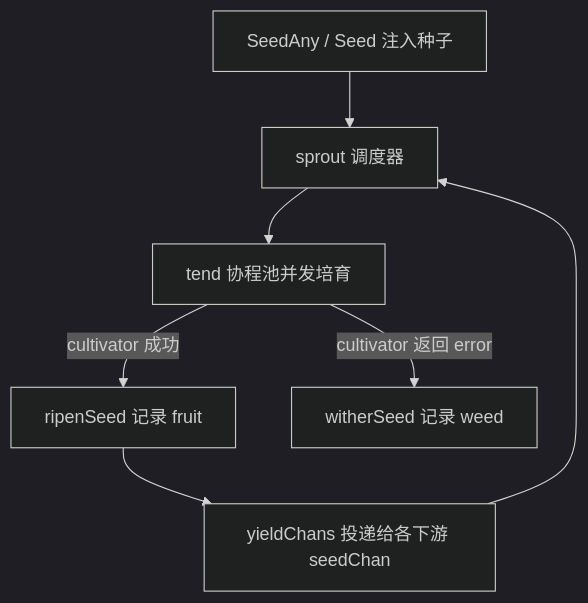
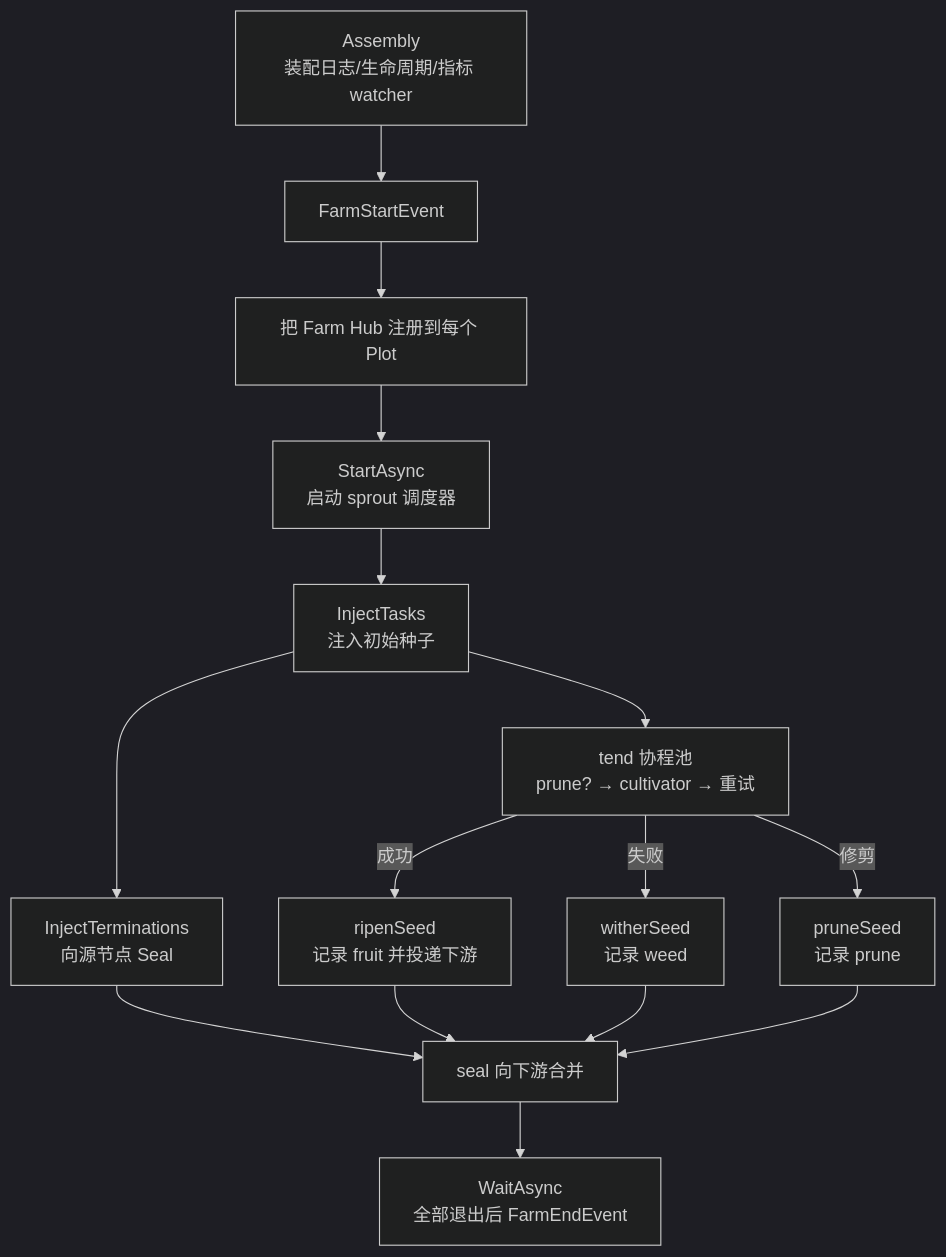
The second of 2 diagrams in docs/zh-CN/pkg/api/api.md (Mr-xiaotian/CelestialGrow), drawn with Mermaid (dark theme) before and after one commit. The commit also changed other lines of this file and 50 other files, not shown here.

````diff
--- a/docs/zh-CN/pkg/api/api.md
+++ b/docs/zh-CN/pkg/api/api.md
@@ -176,9 +292,17 @@
 ```mermaid
 flowchart TD
-    A[SeedAny / Seed 注入种子] --> B[sprout 调度器]
-    B --> C[tend 协程池并发培育]
-    C -->|cultivator 成功| D[ripenSeed 记录 fruit]
-    C -->|cultivator 返回 error| E[witherSeed 记录 weed]
-    D --> F[yieldChans 投递给各下游 seedChan]
-    F --> B
+    A[Assembly<br/>装配日志/生命周期/指标 watcher] --> B[FarmStartEvent]
+    B --> C[把 Farm Hub 注册到每个 Plot]
+    C --> D[StartAsync<br/>启动 sprout 调度器]
+    D --> E[InjectTasks<br/>注入初始种子]
+    E --> F[tend 协程池<br/>prune? → cultivator → 重试]
+    F -->|成功| G[ripenSeed<br/>记录 fruit 并投递下游]
+    F -->|失败| H[witherSeed<br/>记录 weed]
+    F -->|修剪| I[pruneSeed<br/>记录 prune]
+    E --> J[InjectTerminations<br/>向源节点 Seal]
+    J --> K[seal 向下游合并]
+    G --> K
+    H --> K
+    I --> K
+    K --> L[WaitAsync<br/>全部退出后 FarmEndEvent]
 ```
````
